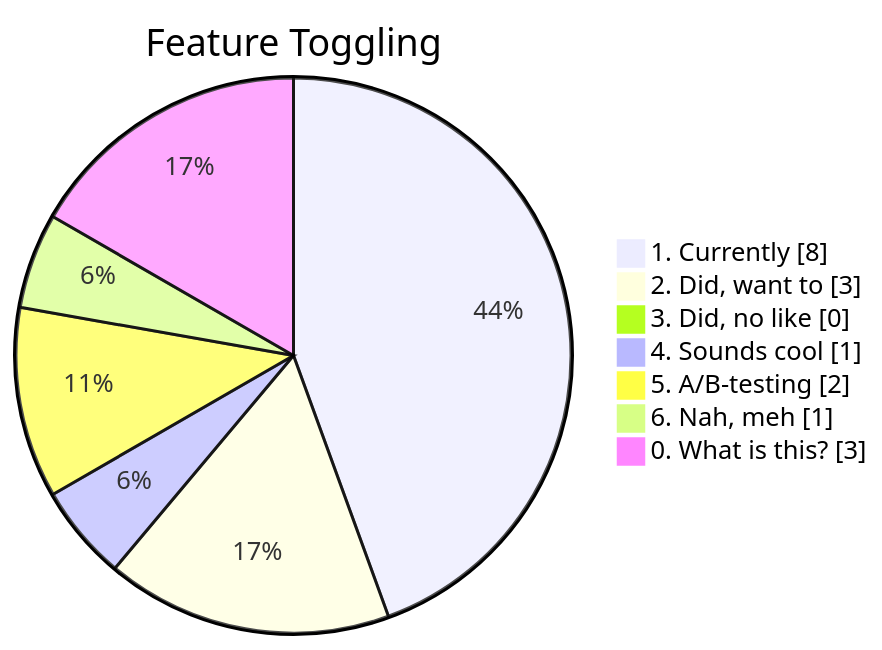
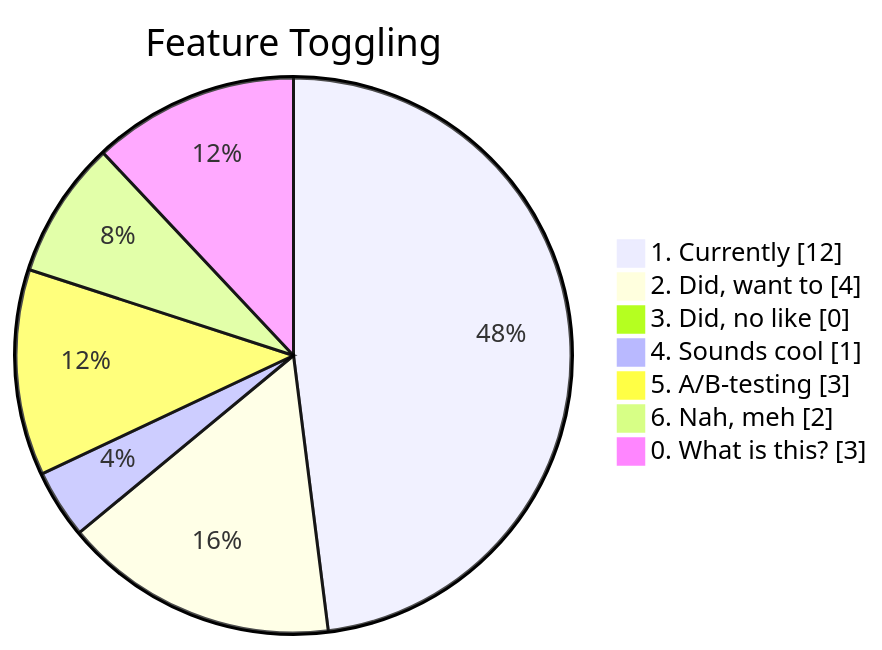
One commit to Bellfalasch/frontend-forum changed the diagram in slides.md. Above: the diagram before and after it, drawn with Mermaid. The commit also changed other lines of this file, not shown here.

````diff
--- a/slides.md
+++ b/slides.md
@@ -249,10 +237,10 @@
 ```mermaid
 pie showData title Feature Toggling
-    "1. Currently" : 8
-    "2. Did, want to" : 3
+    "1. Currently" : 12
+    "2. Did, want to" : 4
     "3. Did, no like" : 0
     "4. Sounds cool" : 1
-    "5. A/B-testing" : 2
-    "6. Nah, meh" : 1
+    "5. A/B-testing" : 3
+    "6. Nah, meh" : 2
     "0. What is this?" : 3
 ```
````
